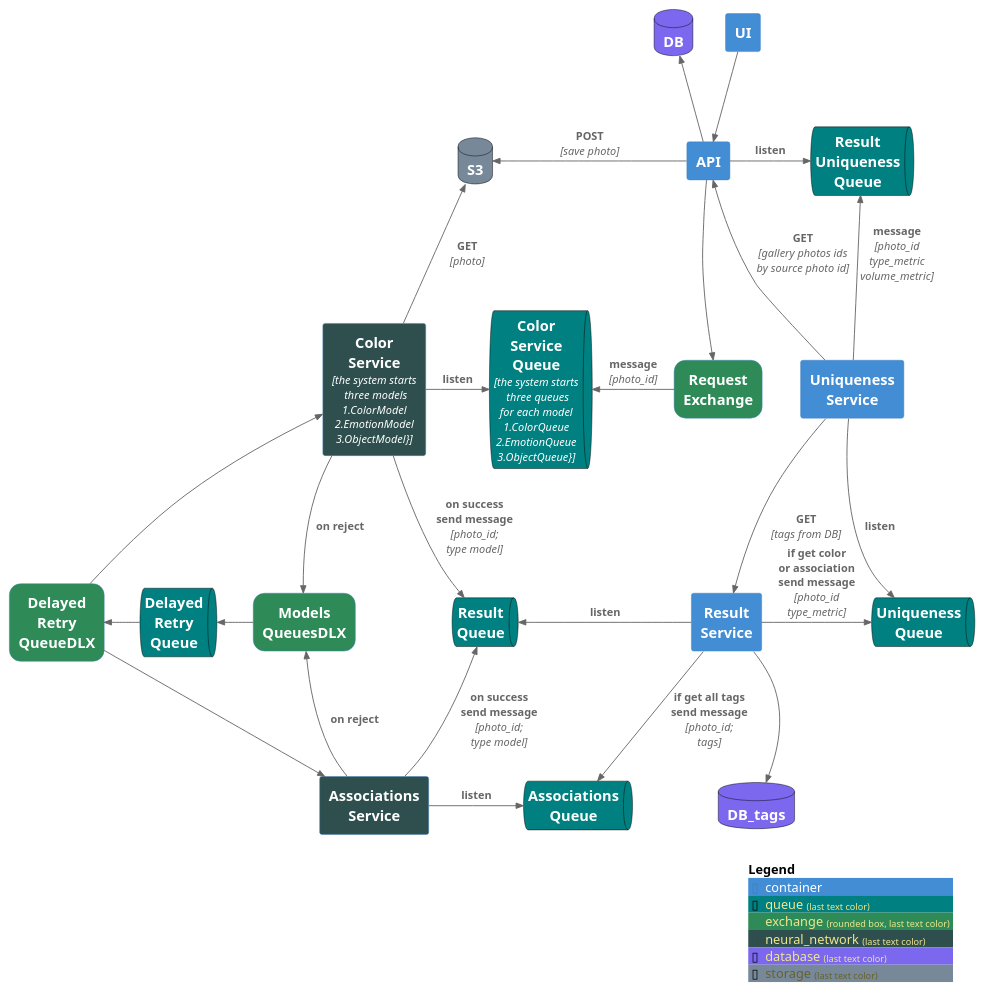
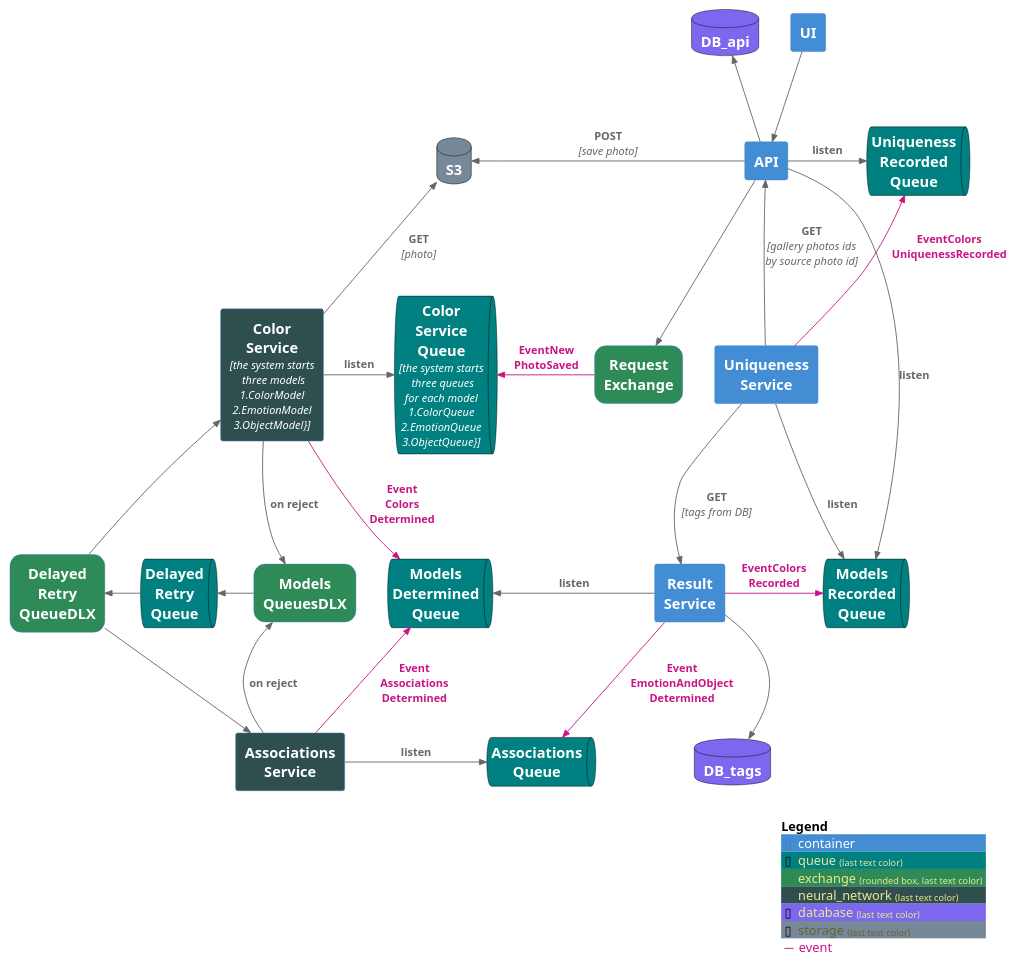
One commit to TourmalineCore/picachu-documentation changed the diagram in system_components_diagram.puml. Above: the diagram before and after it, drawn with PlantUML. The commit also changed 2 other files, not shown here.

Commit message:
feat(doc): #85zrxapwf: add sent-event to diargam

```diff
--- a/system_components_diagram.puml
+++ b/system_components_diagram.puml
@@ -1,95 +1,96 @@
 @startuml C4_Elements
 !include https://raw.githubusercontent.com/plantuml-stdlib/C4-PlantUML/master/C4_Container.puml
 HIDE_STEREOTYPE()
 
 AddElementTag("queue", $bgColor="Teal",$borderColor="black")
 AddElementTag("exchange", $bgColor="SeaGreen",$shape=RoundedBoxShape())
 AddElementTag("neural_network", $bgColor="DarkSlateGray")
 AddElementTag("database", $bgColor="MediumSlateBlue",$borderColor="black")
 AddElementTag("storage", $bgColor="LightSlateGray",$borderColor="black")
 AddRelTag("event", $textColor="MediumVioletRed", $lineColor="MediumVioletRed")
 
 Container(UI, "UI", "", "")
 Container(API, "API", "", "")
 
 ContainerQueue(ColorServiceQueue, "Color\nService\nQueue", "the system starts\n three queues\nfor each model\n1.ColorQueue\n2.EmotionQueue\n3.ObjectQueue}", "",$tags = "queue")
 
 ContainerDb(S3, "S3", "", "",$tags="storage")
-ContainerDb(DB, "DB", "", "",$tags="database")
+ContainerDb(DB, "DB_api", "", "",$tags="database")
 ContainerDb(DB_tags, "DB_tags", "", "", $tags="database")
 ContainerQueue(DelayedRetryQueue, "Delayed\nRetry\nQueue", "", "",  $tags = "queue")
 Container(ColorService, "Color\nService", "the system starts\n three models\n1.ColorModel\n2.EmotionModel\n3.ObjectModel}", "",$tags="neural_network")
 
 Container(RequestExchange, "Request\nExchange", "", "", $tags ="exchange")
 
 Container(ModelsQueuesDLX, "Models\nQueuesDLX", "", "",$tags ="exchange")
 Container(DelayedRetryQueueDLX, "Delayed\nRetry\nQueueDLX", "", "",$tags ="exchange")
 
 Container(ResultService, "Result\nService", "", "")
-ContainerQueue(ResultQueue, "Result\nQueue", "", "",$tags = "queue")
+ContainerQueue(ModelsDeterminedQueue, "Models\nDetermined\nQueue", "", "",$tags = "queue")
 
 ContainerQueue(AssociationsQueue, "Associations\nQueue", "", "",$tags = "queue")
 Container(AssociationsService, "Associations\nService", "", "",$tags="neural_network")
 
 Container(UniquenessService, "Uniqueness\nService", "", "")
-ContainerQueue(UniquenessQueue, "Uniqueness\nQueue", "", "",$tags = "queue")
-ContainerQueue(ResultUniquenessQueue, "Result\nUniqueness\nQueue", "", "",$tags = "queue")
+ContainerQueue(ModelsRecordedQueue, "Models\nRecorded\nQueue", "", "",$tags = "queue")
+ContainerQueue(UniquenessRecordedQueue, "Uniqueness\nRecorded\nQueue", "", "",$tags = "queue")
 
 Rel_D(UI, API, " ", "")
 
 Rel_D(API, RequestExchange, " ", "")
 Rel_L(API, S3, "POST", "save photo")
 Rel_U(API, DB, " ", "")
-Rel_L(RequestExchange, ColorServiceQueue, "message", "photo_id")
+Rel_L(RequestExchange, ColorServiceQueue, "EventNew\nPhotoSaved", "",$tags ="event")
 Rel_R(ColorService, ColorServiceQueue, "listen", "")
 Rel_U(ColorService, S3, "GET", "photo")
 
-Rel(ColorService, ResultQueue, "on success\nsend message", "photo_id;\ntype model")
-Lay_U(ResultQueue,ColorServiceQueue)
+Rel(ColorService, ModelsDeterminedQueue, "Event\nColors\nDetermined", "",$tags ="event")
+Lay_U(ModelsDeterminedQueue,ColorServiceQueue)
 
 
 Lay_U(AssociationsQueue,ColorServiceQueue)
 
 Rel_R(AssociationsService, AssociationsQueue, "listen", "")
 
 Lay_U(AssociationsService,ModelsQueuesDLX)
 Lay_U(AssociationsService,ColorService)
 Lay_U(DB_tags,RequestExchange)
 
 
 Rel_D(ColorService, ModelsQueuesDLX, "on reject", "")
 Rel_U(AssociationsService, ModelsQueuesDLX, "on reject", "")
 
 Rel_L(ModelsQueuesDLX, DelayedRetryQueue, " ", "")
 Rel_L(DelayedRetryQueue, DelayedRetryQueueDLX, " ", "")
 
 Rel(DelayedRetryQueueDLX, ColorService, " ", "")
 
 Lay_R(DelayedRetryQueueDLX,DelayedRetryQueue)
 Lay_R(DelayedRetryQueue,ModelsQueuesDLX)
 Lay_U(DelayedRetryQueueDLX,ColorService)
 
 Rel(DelayedRetryQueueDLX, AssociationsService, " ", "")
-Rel_U(AssociationsService, ResultQueue, "on success\nsend message", "photo_id;\ntype model")
+Rel_U(AssociationsService, ModelsDeterminedQueue, "Event\nAssociations\nDetermined", "",$tags ="event")
 
-Rel_L(ResultService, ResultQueue, "listen", "")
+Rel_L(ResultService, ModelsDeterminedQueue, "listen", "")
 
-Rel_D(ResultService, AssociationsQueue, "if get all tags\nsend message", "photo_id;\ntags")
+Rel_D(ResultService, AssociationsQueue, "Event\nEmotionAndObject\nDetermined", $tags ="event")
 Rel_D(ResultService, DB_tags, " ", "")
 
-Rel_R(ResultService, UniquenessQueue, "if get color\nor association\nsend message ", "photo_id\ntype_metric")
-Rel_D(UniquenessService, UniquenessQueue, "listen", "")
+Rel_R(ResultService, ModelsRecordedQueue, "EventColors\nRecorded", "",$tags ="event")
+Rel_D(UniquenessService, ModelsRecordedQueue, "listen", "")
 
 Rel_D(UniquenessService, ResultService, "GET", "tags from DB")
 
-Rel_U(UniquenessService,ResultUniquenessQueue ,  "message", "photo_id\ntype_metric\nvolume_metric")
+Rel_U(UniquenessService,UniquenessRecordedQueue ,  "EventColors\nUniquenessRecorded",$tags ="event")
 
-Lay_U(UniquenessService,UniquenessQueue)
+Lay_U(UniquenessService,ModelsRecordedQueue)
 Lay_R(RequestExchange,UniquenessService)
 
-Rel_R(API, ResultUniquenessQueue,  "listen", "")
+Rel_R(API, UniquenessRecordedQueue,  "listen", "")
+Rel_R(API, ModelsRecordedQueue,  "listen", "")
 
 Rel_U(UniquenessService,API ,  "GET", "gallery photos ids\nby source photo id")
 
 SHOW_LEGEND(false)
 @enduml
```
